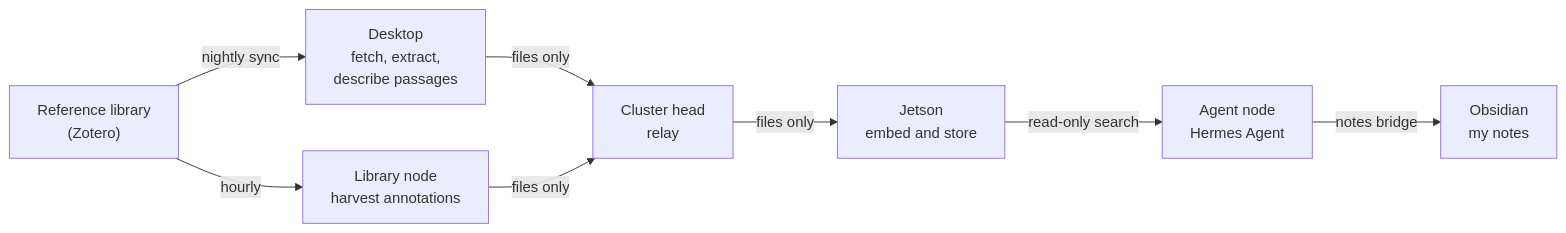
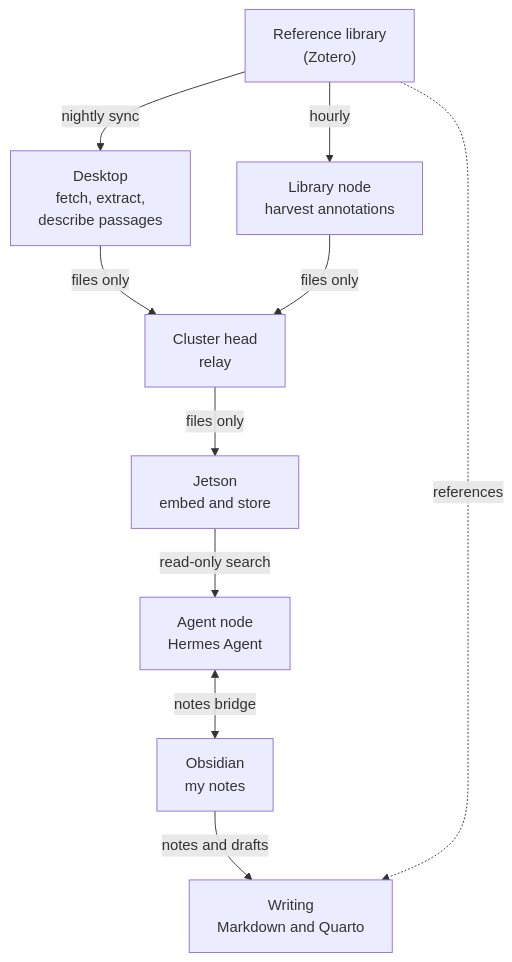
The first of 2 diagrams in docs/how-it-works.md (jamessmithies/the-mechanism-project), drawn with Mermaid before and after one commit. The commit also changed other lines of this file, not shown here.

First line of the commit message:
Update book's journey text and diagram

````diff
--- a/docs/how-it-works.md
+++ b/docs/how-it-works.md
@@ -22,10 +22,12 @@
 ```mermaid
-flowchart LR
+flowchart TB
     Z["Reference library<br/>(Zotero)"] -->|"nightly sync"| D["Desktop<br/>fetch, extract,<br/>describe passages"]
     D -->|"files only"| H["Cluster head<br/>relay"]
     H -->|"files only"| J["Jetson<br/>embed and store"]
     Z -->|"hourly"| L["Library node<br/>harvest annotations"]
     L -->|"files only"| H
     J -->|"read-only search"| A["Agent node<br/>Hermes Agent"]
-    A -->|"notes bridge"| O["Obsidian<br/>my notes"]
+    A <-->|"notes bridge"| O["Obsidian<br/>my notes"]
+    O -->|"notes and drafts"| W["Writing<br/>Markdown and Quarto"]
+    Z -.->|"references"| W
 ```
````
